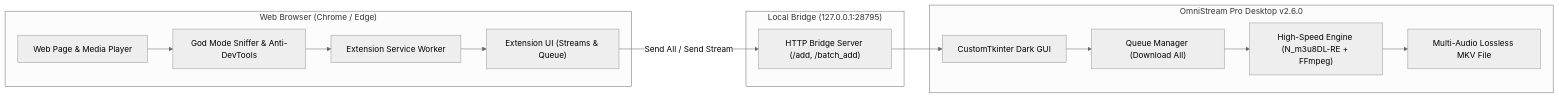
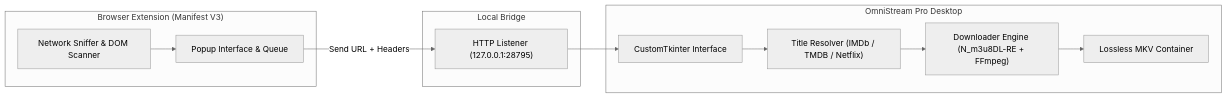
Before and after one commit to Xmon4u/OmniStream-Pro-v2: the diagram in README.md, drawn with Mermaid (neutral theme). The commit also changed other lines of this file, not shown here.

````diff
--- a/README.md
+++ b/README.md
@@ -60,29 +23,26 @@
 ```mermaid
 graph LR
-    subgraph Browser ["Web Browser (Chrome / Edge)"]
-        WebPage["Web Page & Media Player"]
-        GodMode["God Mode Sniffer & Anti-DevTools"]
-        ExtSW["Extension Service Worker"]
-        Popup["Extension UI (Streams & Queue)"]
-        WebPage --> GodMode
-        GodMode --> ExtSW
-        ExtSW --> Popup
+    subgraph Browser ["Browser Extension (Manifest V3)"]
+        Sniffer["Network Sniffer & DOM Scanner"]
+        ExtUI["Popup Interface & Queue"]
+        Sniffer --> ExtUI
     end
 
-    subgraph Bridge ["Local Bridge (127.0.0.1:28795)"]
-        BridgeServer["HTTP Bridge Server (/add, /batch_add)"]
+    subgraph Bridge ["Local Bridge"]
+        HttpBridge["HTTP Listener (127.0.0.1:28795)"]
     end
 
-    subgraph DesktopApp ["OmniStream Pro Desktop v2.6.0"]
-        GUI["CustomTkinter Dark GUI"]
-        QueueMgr["Queue Manager (Download All)"]
-        Engine["High-Speed Engine (N_m3u8DL-RE + FFmpeg)"]
-        OutputMKV["Multi-Audio Lossless MKV File"]
-        GUI --> QueueMgr
-        QueueMgr --> Engine
-        Engine --> OutputMKV
+    subgraph Desktop ["OmniStream Pro Desktop"]
+        AppUI["CustomTkinter Interface"]
+        TitleResolver["Title Resolver (IMDb / TMDB / Netflix)"]
+        Engine["Downloader Engine (N_m3u8DL-RE + FFmpeg)"]
+        FinalOutput["Lossless MKV Container"]
+
+        AppUI --> TitleResolver
+        TitleResolver --> Engine
+        Engine --> FinalOutput
     end
 
-    Popup -- "Send All / Send Stream" --> BridgeServer
-    BridgeServer --> GUI
+    ExtUI -->|"Send URL + Headers"| HttpBridge
+    HttpBridge --> AppUI
 ```
````
